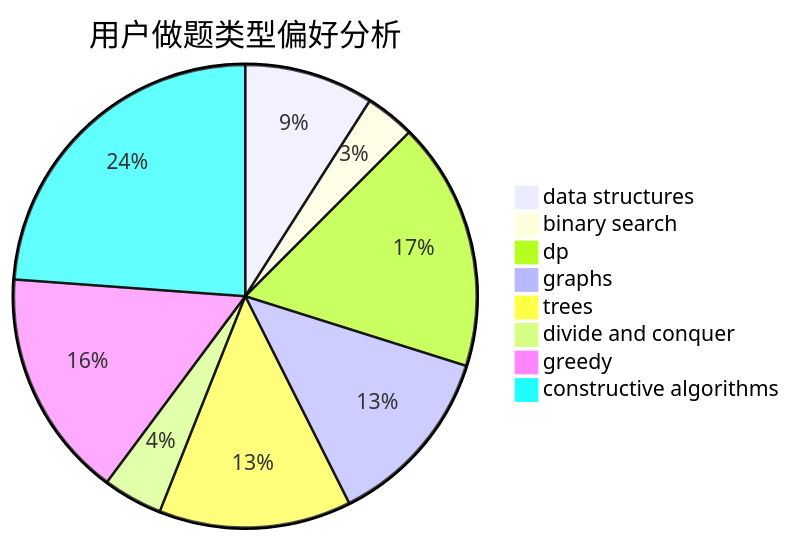
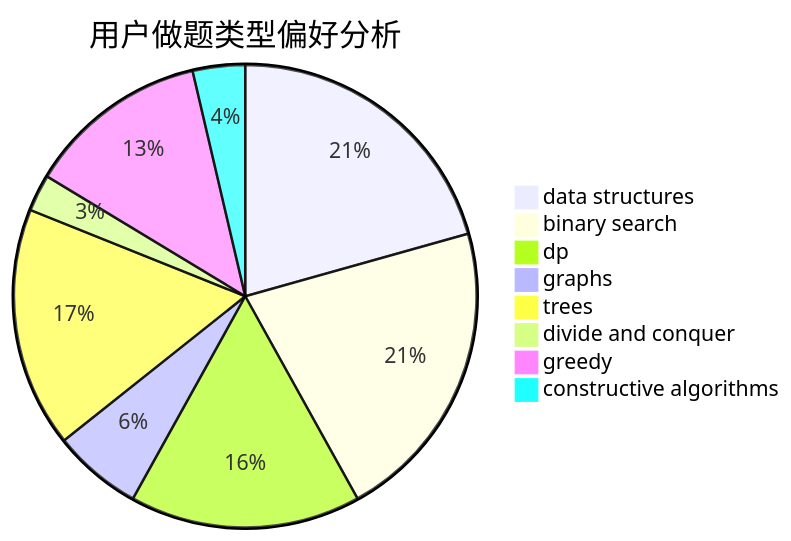
One commit to sherpahu/cfrs.github.io changed the second of 3 diagrams in docs/user/u1298.md. Above: the diagram before and after it, drawn with Mermaid. The commit also changed other lines of this file and 2770 other files, not shown here.

````diff
--- a/docs/user/u1298.md
+++ b/docs/user/u1298.md
@@ -23,11 +23,11 @@
 ```mermaid
 pie title 用户做题类型偏好分析
-    "data structures" :  39
-    "binary search" :  15
+    "data structures" :  96
+    "binary search" :  99
     "dp" :  75
-    "graphs" :  55
-    "trees" :  58
-    "divide and conquer" :  18
-    "greedy" :  69
-    "constructive algorithms" :  103
+    "graphs" :  29
+    "trees" :  78
+    "divide and conquer" :  12
+    "greedy" :  59
+    "constructive algorithms" :  17
 ```
````
